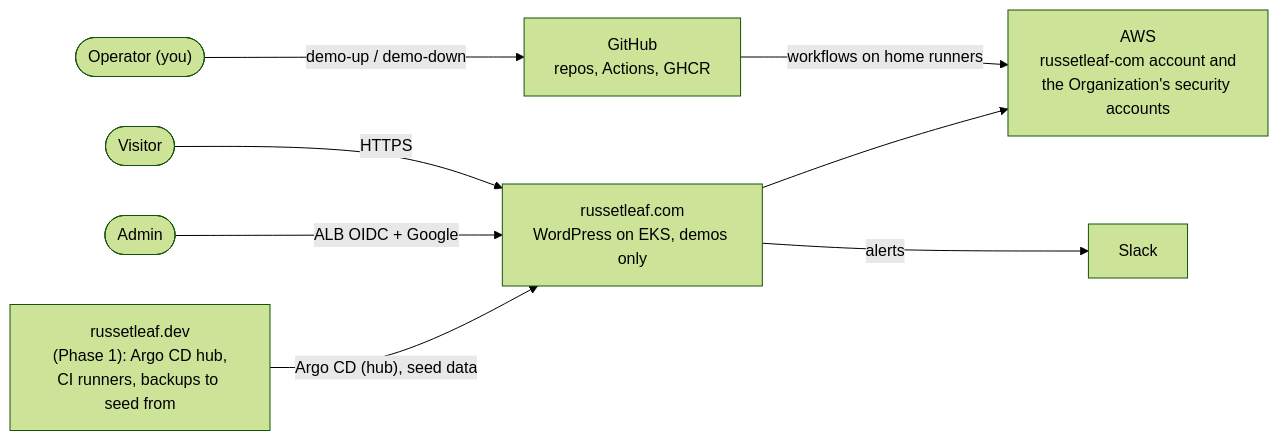
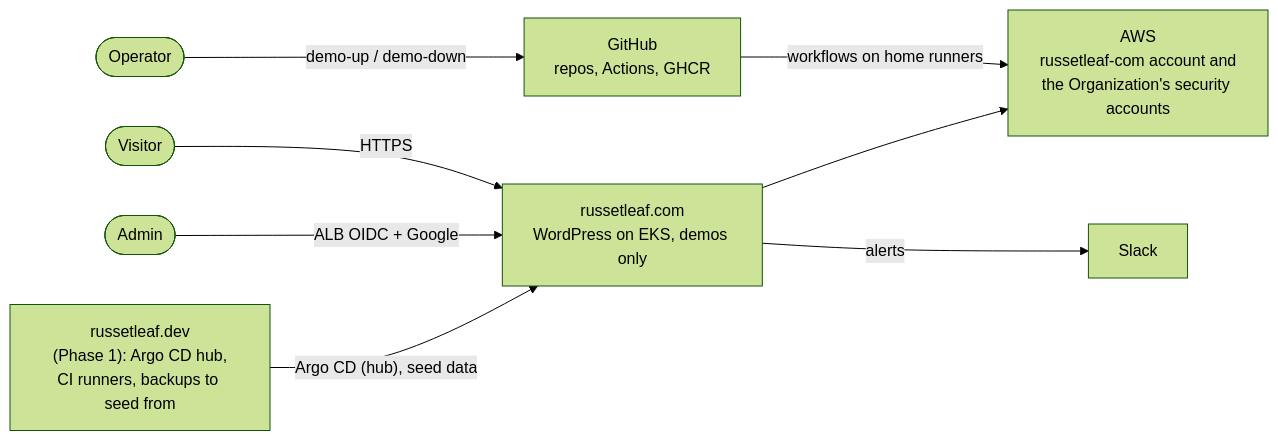
Before and after one commit to russetleaf/russetleaf-docs: the first of 3 diagrams in docs/phase-3-russetleaf-com/design.md, drawn with Mermaid (forest theme). The commit also changed other lines of this file and 59 other files, not shown here.

````diff
--- a/docs/phase-3-russetleaf-com/design.md
+++ b/docs/phase-3-russetleaf-com/design.md
@@ -15,18 +15,18 @@
 ```mermaid
 flowchart LR
   visitor(["Visitor"])
   admin(["Admin"])
-  op(["Operator (you)"])
+  op(["Operator"])
   site["russetleaf.com<br/>WordPress on EKS, demos only"]
   dev["russetleaf.dev<br/>(Phase 1): Argo CD hub,<br/>CI runners, backups to seed from"]
   aws["AWS<br/>russetleaf-com account and<br/>the Organization's security accounts"]
   gh["GitHub<br/>repos, Actions, GHCR"]
   slack["Slack"]
   visitor -->|HTTPS| site
   admin -->|"ALB OIDC + Google"| site
   op -->|"demo-up / demo-down"| gh
   gh -->|"workflows on home runners"| aws
   dev -->|"Argo CD (hub), seed data"| site
   site --> aws
   site -->|alerts| slack
 ```
````
